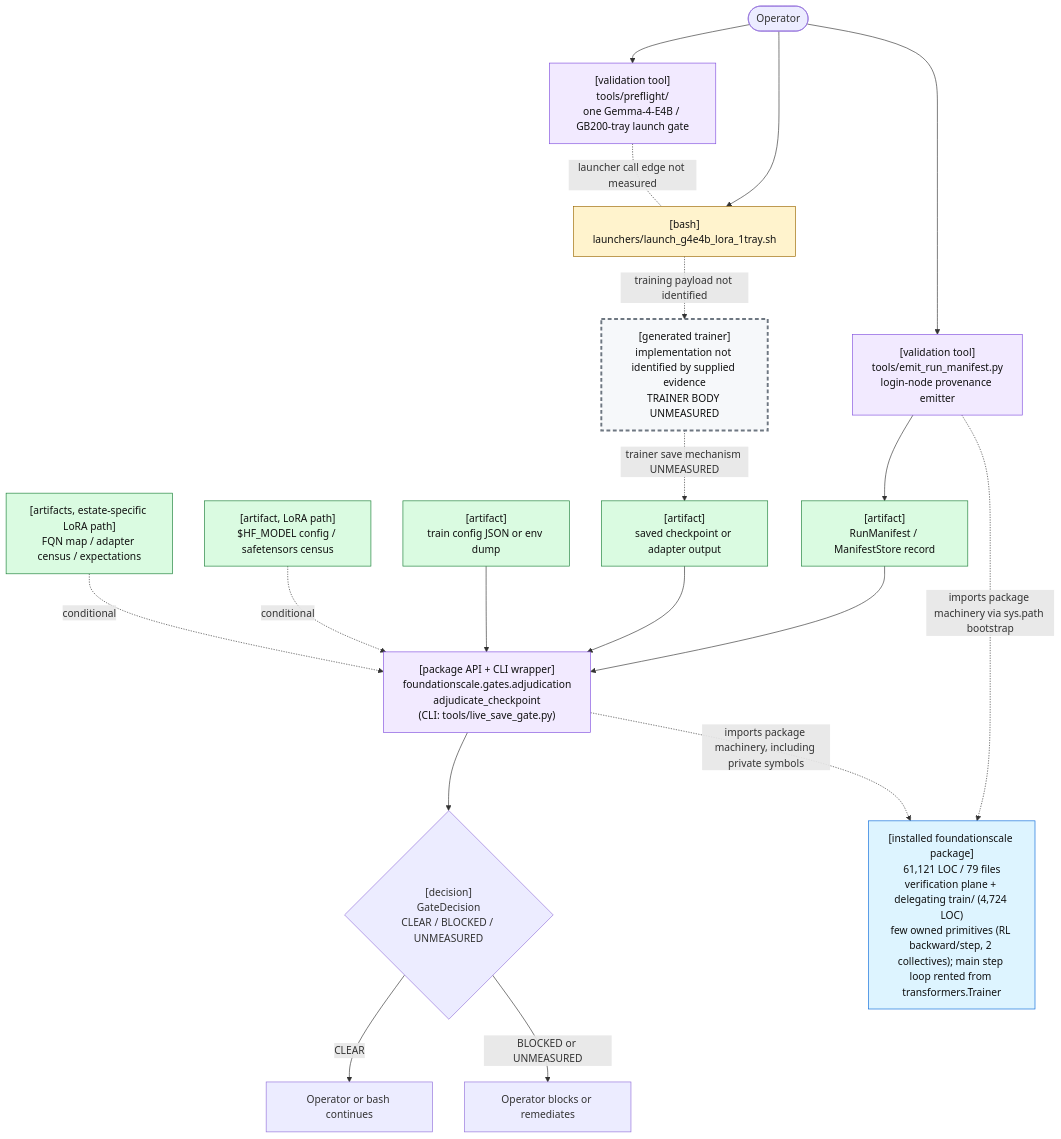
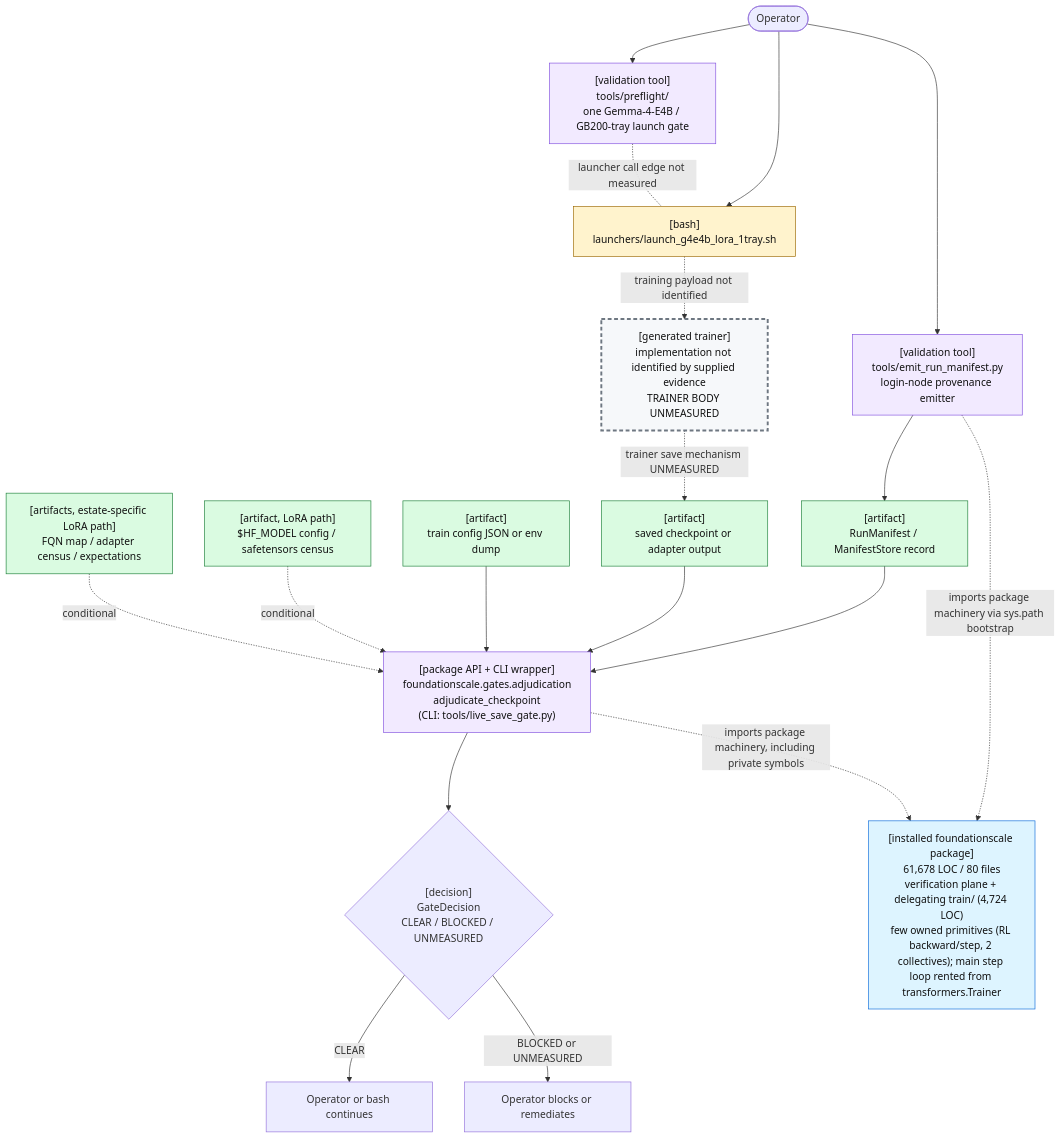
The first of 2 diagrams in docs/review/D2_current_architecture.md (TranNhiem/FoundationScale), drawn with Mermaid before and after one commit. The commit also changed other lines of this file and 10 other files, not shown here.

````diff
--- a/docs/review/D2_current_architecture.md
+++ b/docs/review/D2_current_architecture.md
@@ -25,59 +25,59 @@
 ```mermaid
 flowchart TB
   O(["Operator"])
 
   PF["[validation tool]<br/>tools/preflight/<br/>one Gemma-4-E4B / GB200-tray launch gate"]
   L["[bash]<br/>launchers/launch_g4e4b_lora_1tray.sh"]
 
   E["[validation tool]<br/>tools/emit_run_manifest.py<br/>login-node provenance emitter"]
   M["[artifact]<br/>RunManifest / ManifestStore record"]
 
   T["[generated trainer]<br/>implementation not identified by supplied evidence<br/>TRAINER BODY UNMEASURED"]
   C["[artifact]<br/>saved checkpoint or adapter output"]
 
   G["[package API + CLI wrapper]<br/>foundationscale.gates.adjudication<br/>adjudicate_checkpoint<br/>(CLI: tools/live_save_gate.py)"]
   CFG["[artifact]<br/>train config JSON or env dump"]
   BASE["[artifact, LoRA path]<br/>$HF_MODEL config / safetensors census"]
   CEN["[artifacts, estate-specific LoRA path]<br/>FQN map / adapter census / expectations"]
 
   D{"[decision]<br/>GateDecision<br/>CLEAR / BLOCKED / UNMEASURED"}
   OK["Operator or bash continues"]
   NO["Operator blocks or remediates"]
 
-  PKG["[installed foundationscale package]<br/>61,121 LOC / 79 files<br/>verification plane + delegating train/ (4,724 LOC)<br/>few owned primitives (RL backward/step, 2 collectives); main step loop rented from transformers.Trainer"]
+  PKG["[installed foundationscale package]<br/>61,678 LOC / 80 files<br/>verification plane + delegating train/ (4,724 LOC)<br/>few owned primitives (RL backward/step, 2 collectives); main step loop rented from transformers.Trainer"]
 
   O --> PF
   O --> L
   PF -. "launcher call edge not measured" .- L
 
   O --> E
   E --> M
 
   L -. "training payload not identified" .-> T
   T -. "trainer save mechanism UNMEASURED" .-> C
 
   M --> G
   C --> G
   CFG --> G
   BASE -. "conditional" .-> G
   CEN -. "conditional" .-> G
 
   E -. "imports package machinery via sys.path bootstrap" .-> PKG
   G -. "imports package machinery, including private symbols" .-> PKG
 
   G --> D
   D -->|"CLEAR"| OK
   D -->|"BLOCKED or UNMEASURED"| NO
 
   classDef bash fill:#fff3cd,stroke:#9a6700,color:#111;
   classDef tool fill:#f2eaff,stroke:#8250df,color:#111;
   classDef artifact fill:#dafbe1,stroke:#1a7f37,color:#111;
   classDef gap fill:#f6f8fa,stroke:#6e7781,stroke-width:3px,stroke-dasharray: 6 4,color:#111;
   classDef pkg fill:#ddf4ff,stroke:#0969da,color:#111;
 
   class L bash;
   class PF,E,G tool;
   class M,C,CFG,BASE,CEN artifact;
   class T gap;
   class PKG pkg;
 ```
````
